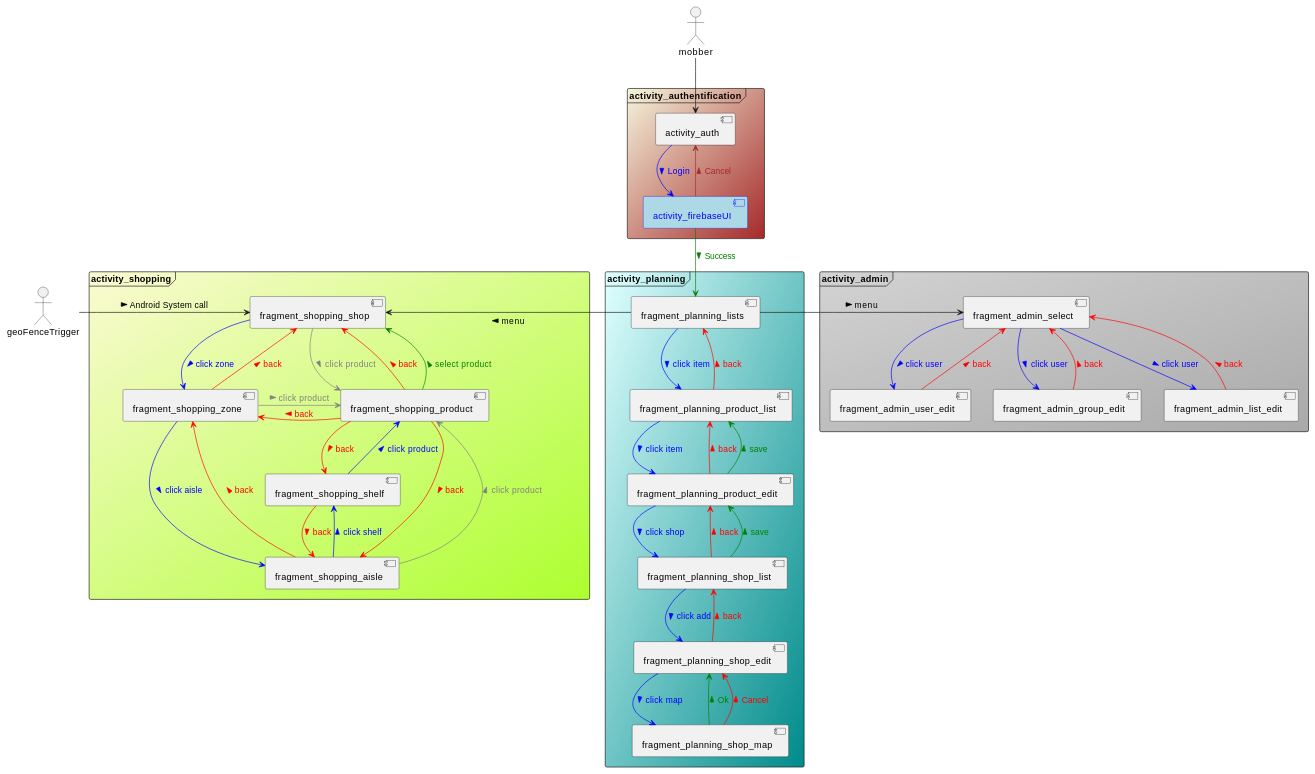
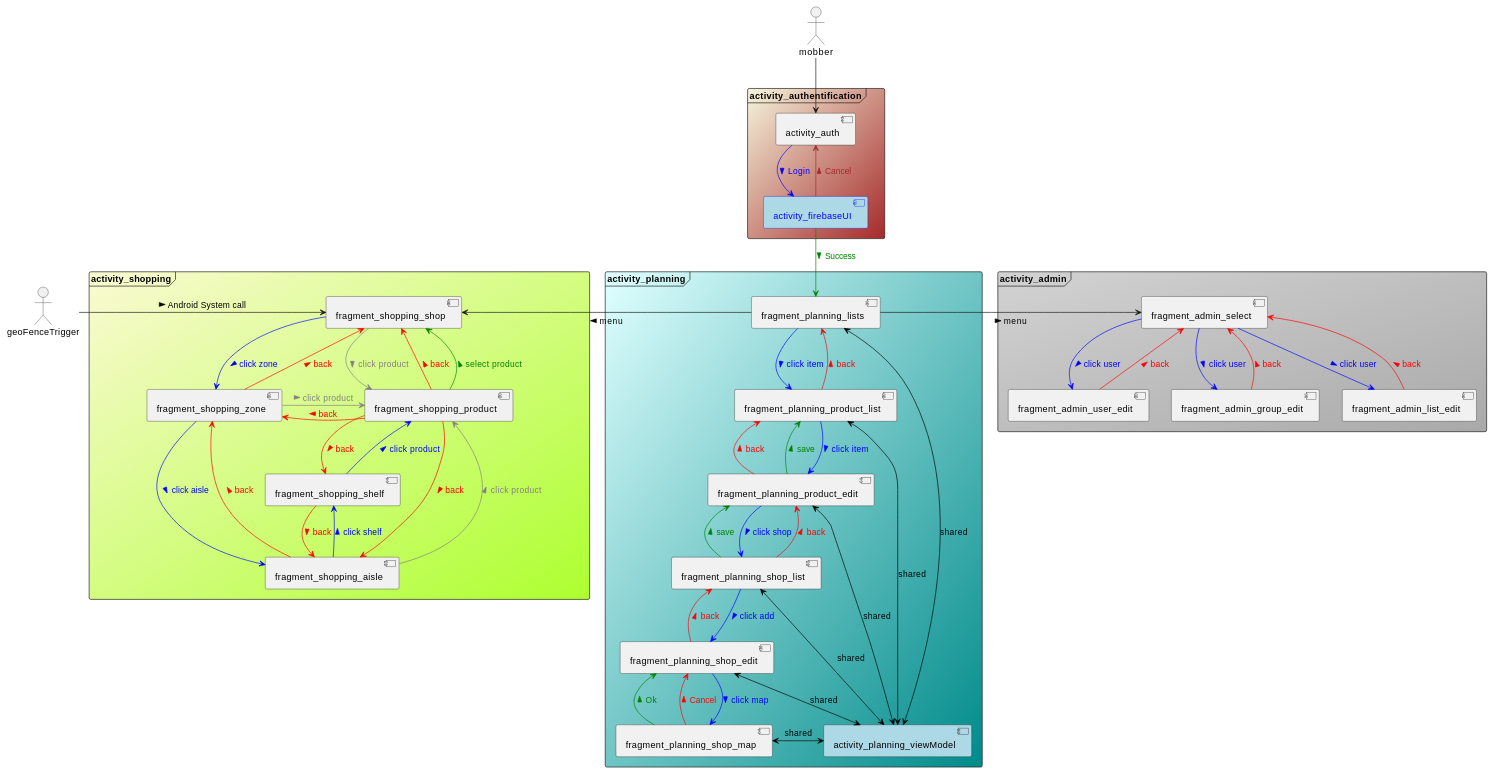
The diagram in doc/puml/navigation.md (fwornle/ShopMob), drawn with PlantUML before and after one commit.

Commit message:
update navigation UML - viewModel

```diff
--- a/doc/puml/navigation.md
+++ b/doc/puml/navigation.md
@@ -44,6 +44,8 @@
     component fragment_planning_shop_list
     component fragment_planning_shop_edit
     component fragment_planning_shop_map
+    
+    component activity_planning_viewModel #lightblue
 
     fragment_planning_lists -left-> fragment_shopping_shop : menu >
     
@@ -64,6 +66,13 @@
     fragment_planning_shop_edit -down-> fragment_planning_shop_map #blue;text:blue : click map >
     fragment_planning_shop_map -down-> fragment_planning_shop_edit #green;text:green : Ok >
     fragment_planning_shop_map -down-> fragment_planning_shop_edit #red;text:red : Cancel > 
+
+    activity_planning_viewModel <-left-> fragment_planning_lists #black : shared
+    activity_planning_viewModel <-left-> fragment_planning_product_list #black : shared
+    activity_planning_viewModel <-left-> fragment_planning_product_edit #black : shared
+    activity_planning_viewModel <-left-> fragment_planning_shop_list #black : shared
+    activity_planning_viewModel <-left-> fragment_planning_shop_edit #black : shared
+    activity_planning_viewModel <-left-> fragment_planning_shop_map #black : shared
 
 }
 
```
